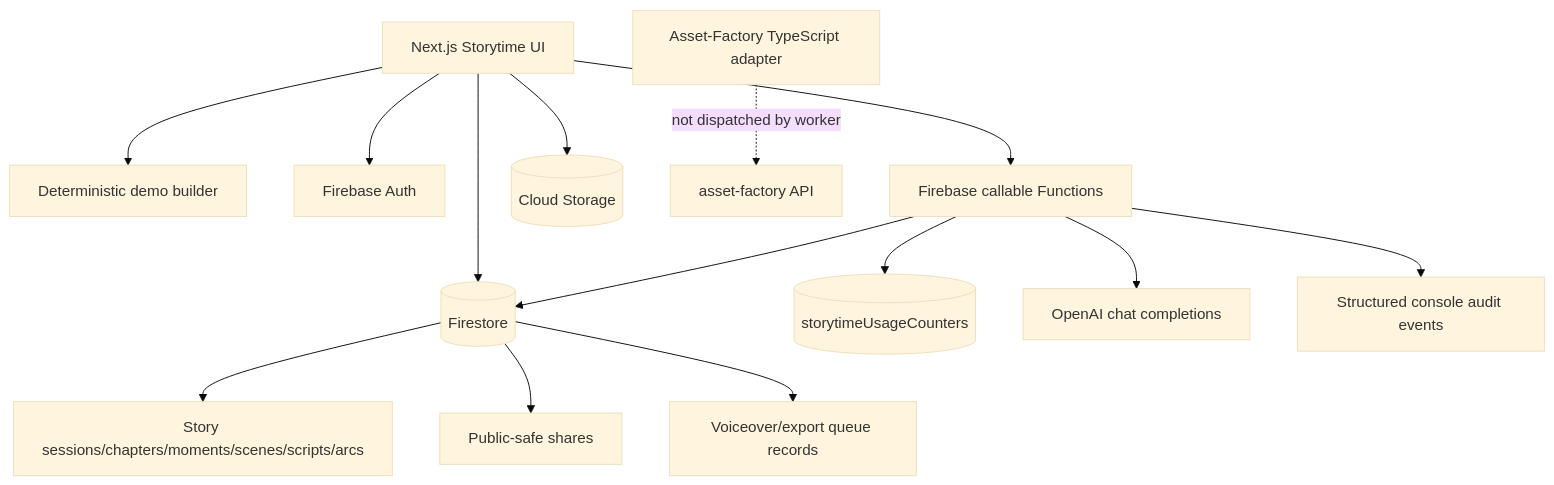
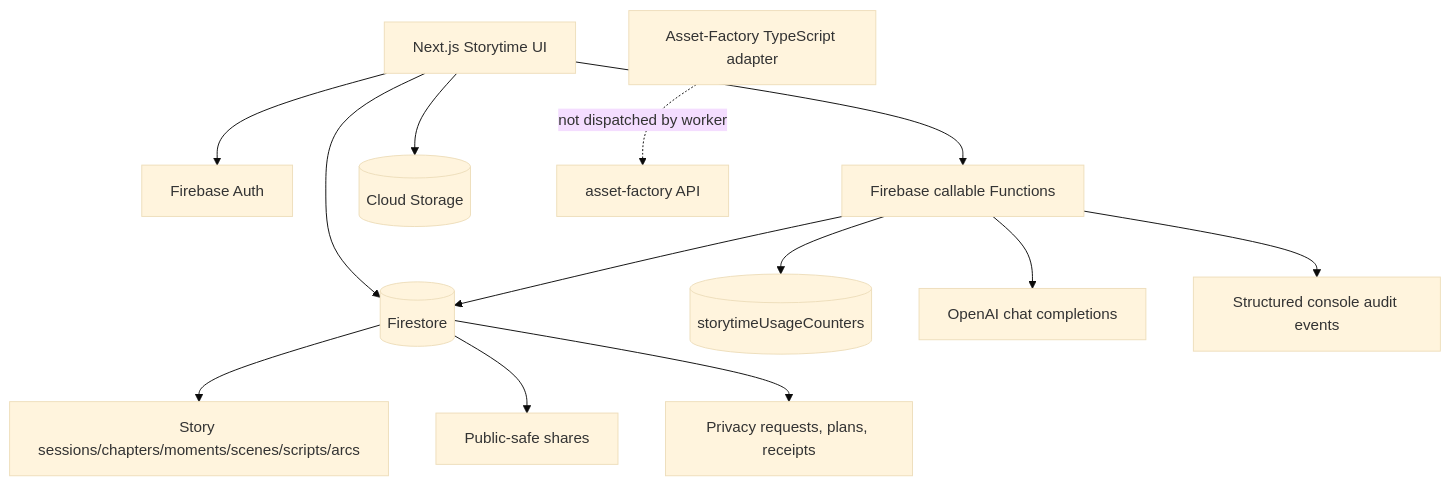
One commit to LifeLoggerAI/urai-storytime changed the first of 2 diagrams in docs/ARCHITECTURE.md. Above: the diagram before and after it, drawn with Mermaid (base theme). The commit also changed other lines of this file, not shown here.

````diff
--- a/docs/ARCHITECTURE.md
+++ b/docs/ARCHITECTURE.md
@@ -12,20 +12,19 @@
 ```mermaid
 flowchart TB
   Browser[Next.js Storytime UI]
-  Browser --> Demo[Deterministic demo builder]
   Browser --> Auth[Firebase Auth]
   Browser --> FS[(Firestore)]
   Browser --> Fn[Firebase callable Functions]
   Browser --> Storage[(Cloud Storage)]
 
   Fn --> Quota[(storytimeUsageCounters)]
   Fn --> OpenAI[OpenAI chat completions]
   Fn --> FS
   Fn --> Logs[Structured console audit events]
 
   FS --> Sessions[Story sessions/chapters/moments/scenes/scripts/arcs]
   FS --> Shares[Public-safe shares]
-  FS --> Jobs[Voiceover/export queue records]
+  FS --> Privacy[Privacy requests, plans, receipts]
 
   Adapter[Asset-Factory TypeScript adapter] -. not dispatched by worker .-> AssetFactory[asset-factory API]
 ```
````
